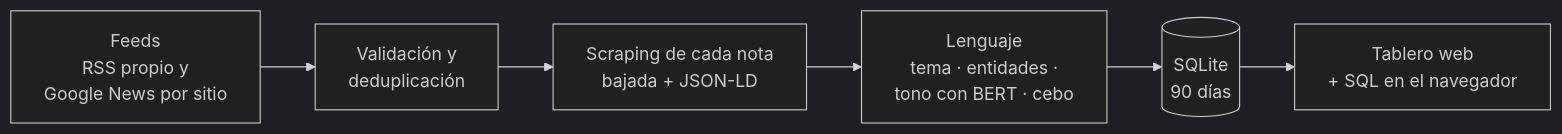
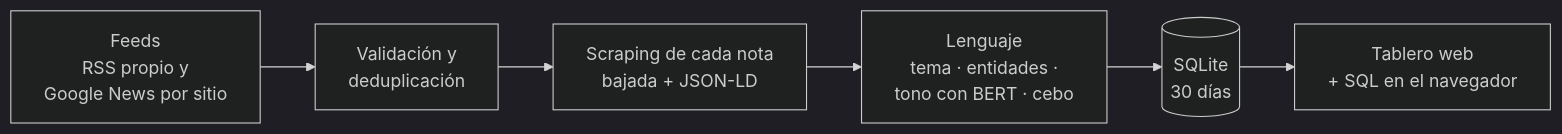
One commit to miguegarrone-blip/Web-Mining changed the diagram in README.md. Above: the diagram before and after it, drawn with Mermaid (dark theme). The commit also changed other lines of this file and 4 other files, not shown here.

````diff
--- a/README.md
+++ b/README.md
@@ -35,8 +35,8 @@
 ```mermaid
 flowchart LR
     A["Feeds<br/>RSS propio y<br/>Google News por sitio"] --> B["Validación y<br/>deduplicación"]
     B --> C["Scraping de cada nota<br/>bajada + JSON-LD"]
     C --> D["Lenguaje<br/>tema · entidades ·<br/>tono con BERT · cebo"]
-    D --> E[("SQLite<br/>90 días")]
+    D --> E[("SQLite<br/>30 días")]
     E --> F["Tablero web<br/>+ SQL en el navegador"]
 ```
````
